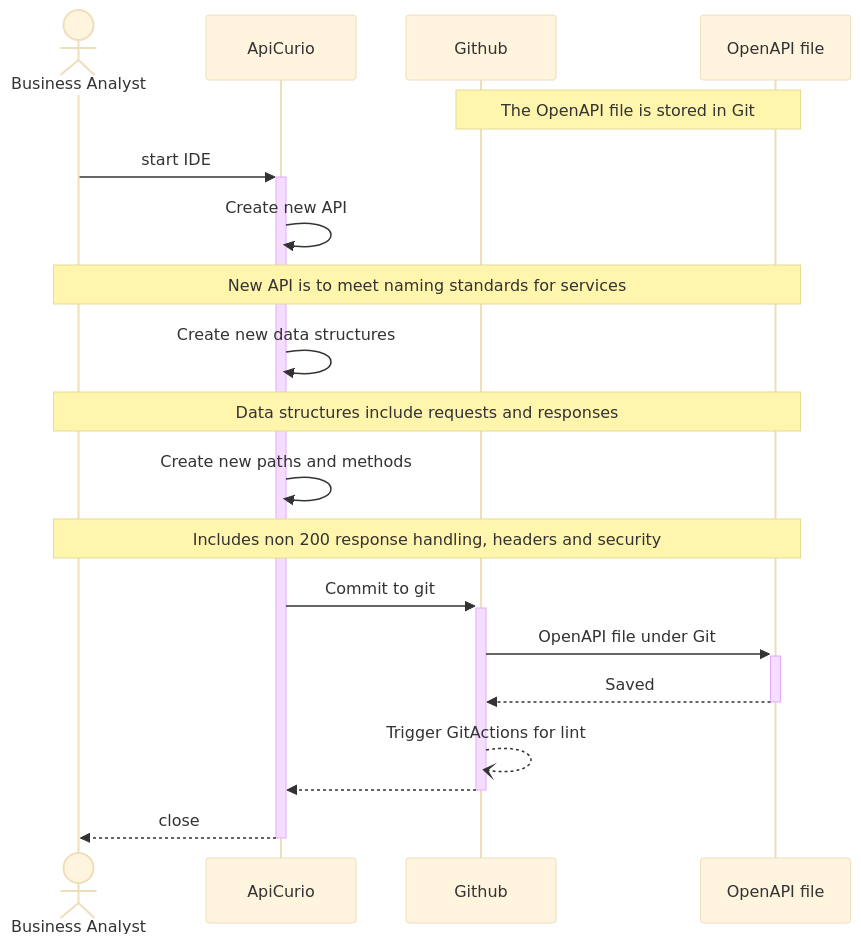
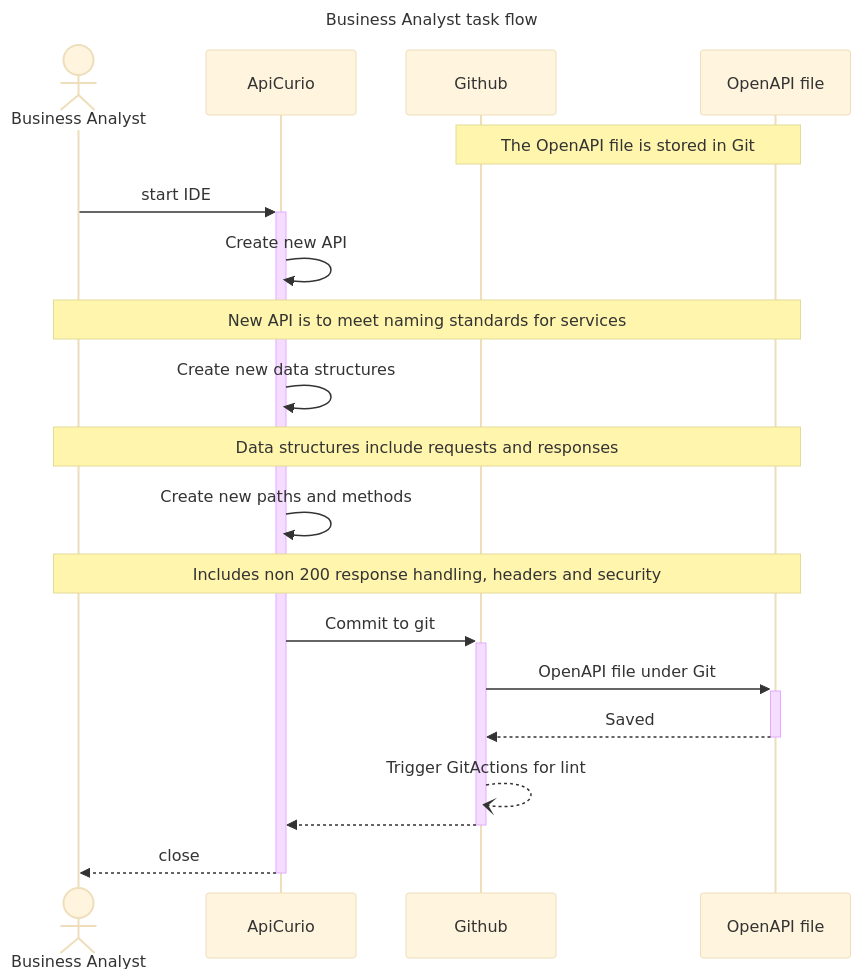
The diagram in docs/analysis_start.md (meerkat-manor/rediOps), drawn with Mermaid (base theme) before and after one commit. The commit also changed 6 other files, not shown here.

````diff
--- a/docs/analysis_start.md
+++ b/docs/analysis_start.md
@@ -27,29 +27,31 @@
 ```mermaid
-
+---
+title: Business Analyst task flow
+---
 sequenceDiagram
 
     actor ba as Business Analyst
     participant ide as ApiCurio
     participant git as Github
     participant oas3f as OpenAPI file
 
     Note over git, oas3f: The OpenAPI file is stored in Git
 
     ba ->>+ ide: start IDE
 
     ide ->> ide: Create new API
     Note over ba, oas3f: New API is to meet naming standards for services
     ide ->> ide: Create new data structures
     Note over ba, oas3f: Data structures include requests and responses
     ide ->> ide: Create new paths and methods
     Note over ba, oas3f: Includes non 200 response handling, headers and security
     
     ide ->>+ git: Commit to git
     git ->>+ oas3f: OpenAPI file under Git
     oas3f -->>- git: Saved
     git --) git: Trigger GitActions for lint
     git -->>- ide: 
 
     ide -->>- ba: close
 
 ```
````
